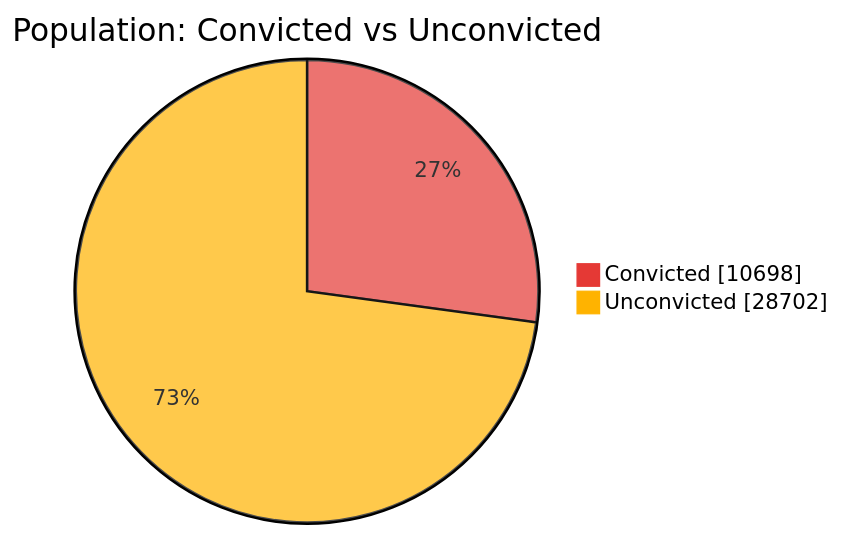
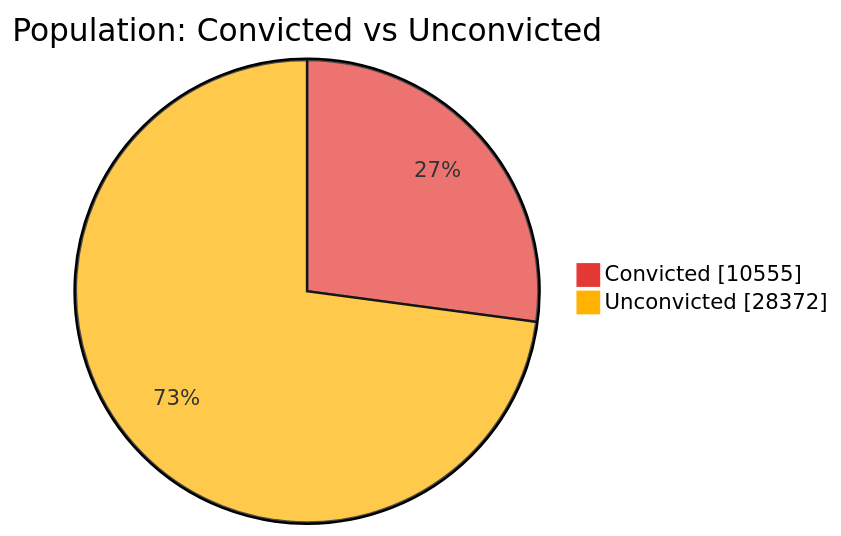
Before and after one commit to nuuuwan/lk_prisons: the first of 7 diagrams in README.md, drawn with Mermaid. The commit also changed other lines of this file and 1 other file, not shown here.

````diff
--- a/README.md
+++ b/README.md
@@ -43,6 +43,6 @@
 ```mermaid
 %%{init: {'themeVariables': {'pie1': '#E53935', 'pie2': '#FFB300'}}}%%
 pie showData title Population: Convicted vs Unconvicted
-    "Convicted" : 10698
-    "Unconvicted" : 28702
+    "Convicted" : 10555
+    "Unconvicted" : 28372
 ```
````
